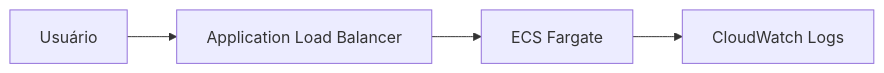
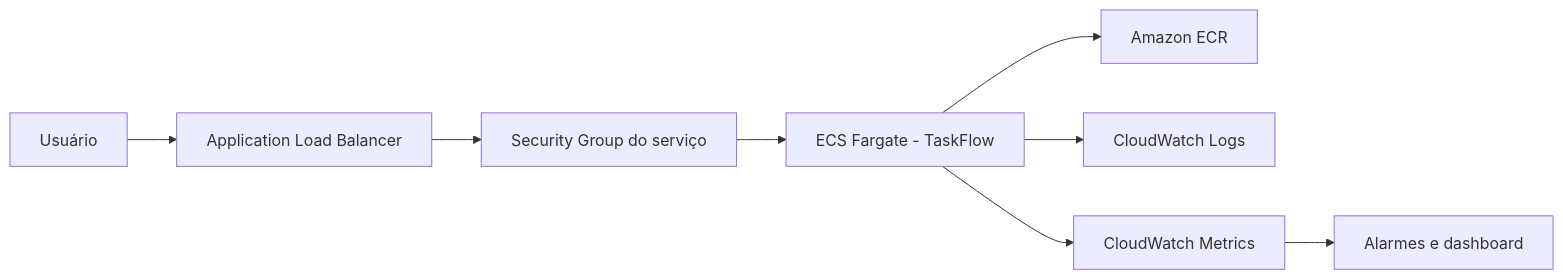
The second of 2 diagrams in docs/architecture.md (Gruiiz/taskflow-devops), drawn with Mermaid before and after one commit. The commit also changed other lines of this file and 25 other files, not shown here.

````diff
--- a/docs/architecture.md
+++ b/docs/architecture.md
@@ -30,6 +35,10 @@
 ```mermaid
 flowchart LR
     U[Usuário] --> ALB[Application Load Balancer]
-    ALB --> ECS[ECS Fargate]
+    ALB --> SG[Security Group do serviço]
+    SG --> ECS[ECS Fargate - TaskFlow]
+    ECS --> ECR[Amazon ECR]
     ECS --> LOG[CloudWatch Logs]
+    ECS --> MET[CloudWatch Metrics]
+    MET --> ALARM[Alarmes e dashboard]
 ```
````
